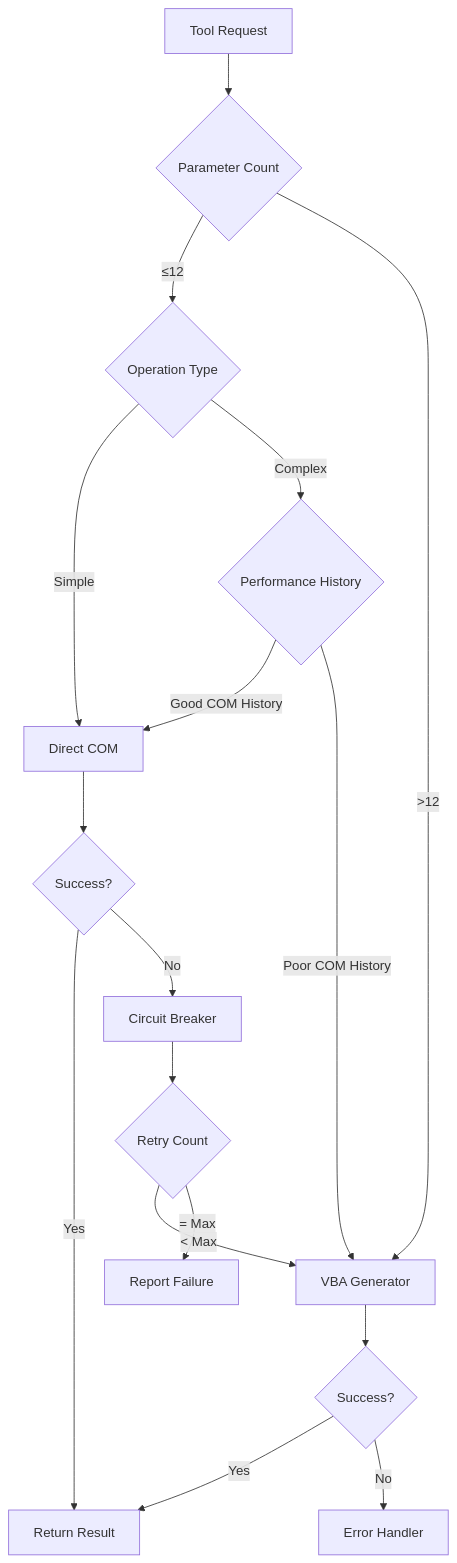
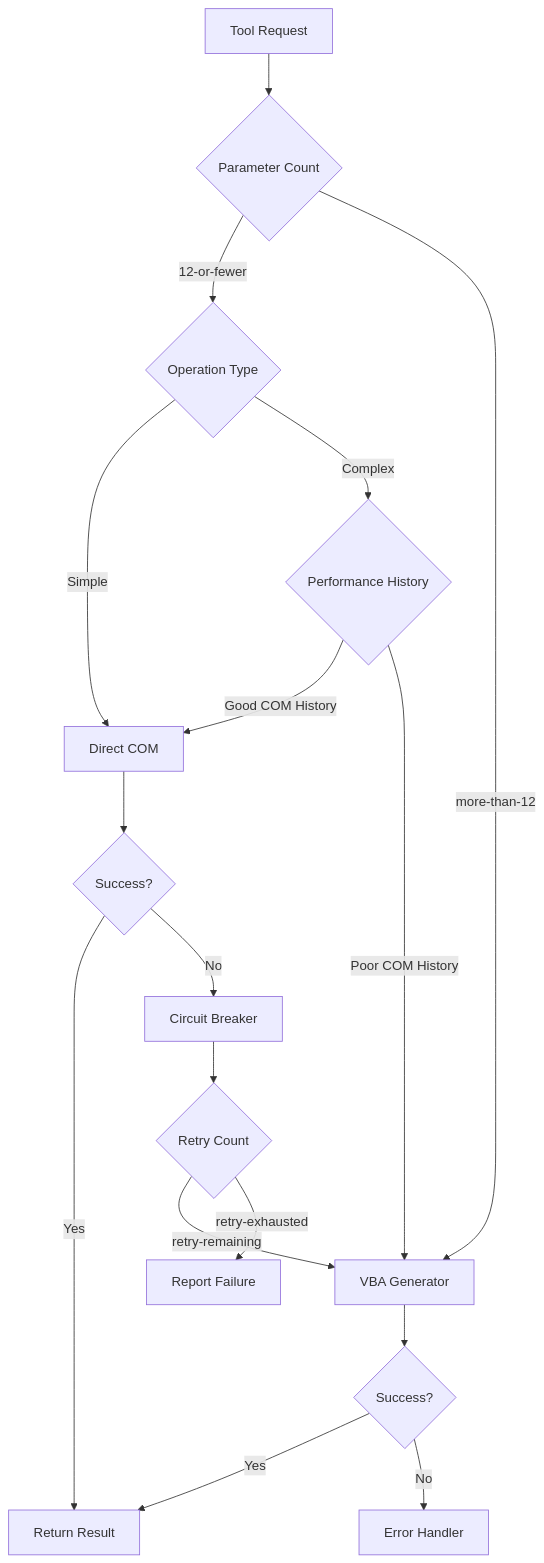
Before and after one commit to andrewbartels1/SolidworksMCP-python: the second of 4 diagrams in docs/user-guide/architecture.md, drawn with Mermaid. The commit also changed 6 other files, not shown here.

Commit message:
fix(docs): stabilize mermaid rendering in local docs preview

````diff
--- a/docs/user-guide/architecture.md
+++ b/docs/user-guide/architecture.md
@@ -100,25 +100,25 @@
 ```mermaid
 flowchart TD
     A[Tool Request] --> B{Parameter Count}
-    B -->|"≤12"| C{Operation Type}
-    B -->|">12"| D[VBA Generator]
+    B -->|12-or-fewer| C{Operation Type}
+    B -->|more-than-12| D[VBA Generator]
     
     C -->|Simple| E[Direct COM]
     C -->|Complex| F{Performance History}
     
-    F -->|"Good COM History"| E
-    F -->|"Poor COM History"| D
+    F -->|Good COM History| E
+    F -->|Poor COM History| D
     
     E --> G{Success?}
     D --> H{Success?}
     
     G -->|Yes| I[Return Result]
     G -->|No| J[Circuit Breaker]
     
     H -->|Yes| I
     H -->|No| K[Error Handler]
     
     J --> L{Retry Count}
-    L -->|"< Max"| D
-    L -->|"= Max"| M[Report Failure]
+    L -->|retry-remaining| D
+    L -->|retry-exhausted| M[Report Failure]
 ```
````
